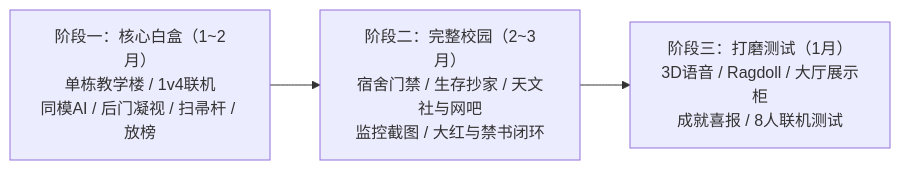
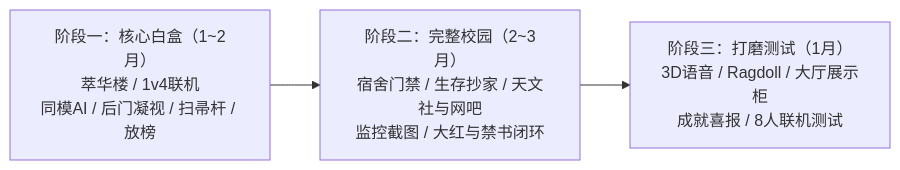
The diagram in docs/systems/08_视听规范与开发路线.md (AwayC/wangzi), drawn with Mermaid before and after one commit. The commit also changed other lines of this file and 295 other files, not shown here.

First line of the commit message:
校园地图：按 MC 布局重建校园，补室内家具、小卖部和校门

````diff
--- a/docs/systems/08_视听规范与开发路线.md
+++ b/docs/systems/08_视听规范与开发路线.md
@@ -36,5 +37,5 @@
 ```mermaid
 flowchart LR
-    M1["阶段一：核心白盒（1~2月）<br/>单栋教学楼 / 1v4联机<br/>同模AI / 后门凝视 / 扫帚杆 / 放榜"] --> M2["阶段二：完整校园（2~3月）<br/>宿舍门禁 / 生存抄家 / 天文社与网吧<br/>监控截图 / 大红与禁书闭环"]
+    M1["阶段一：核心白盒（1~2月）<br/>萃华楼 / 1v4联机<br/>同模AI / 后门凝视 / 扫帚杆 / 放榜"] --> M2["阶段二：完整校园（2~3月）<br/>宿舍门禁 / 生存抄家 / 天文社与网吧<br/>监控截图 / 大红与禁书闭环"]
     M2 --> M3["阶段三：打磨测试（1月）<br/>3D语音 / Ragdoll / 大厅展示柜<br/>成就喜报 / 8人联机测试"]
 ```
````
